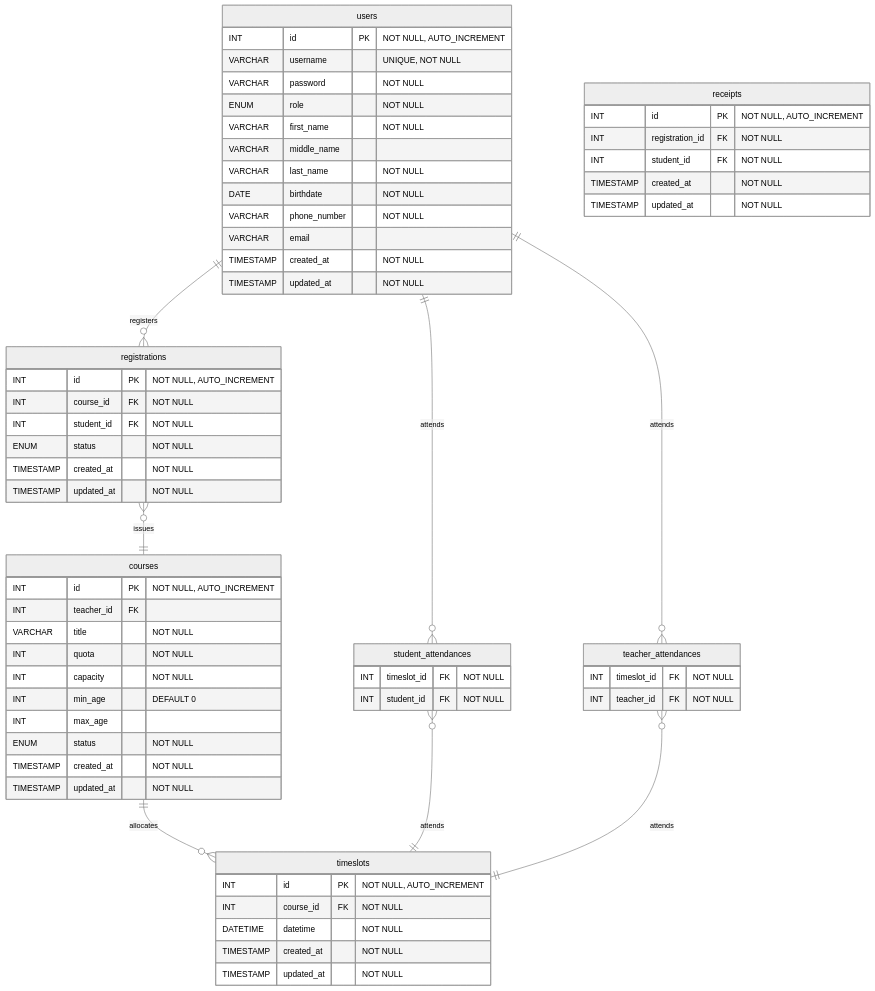
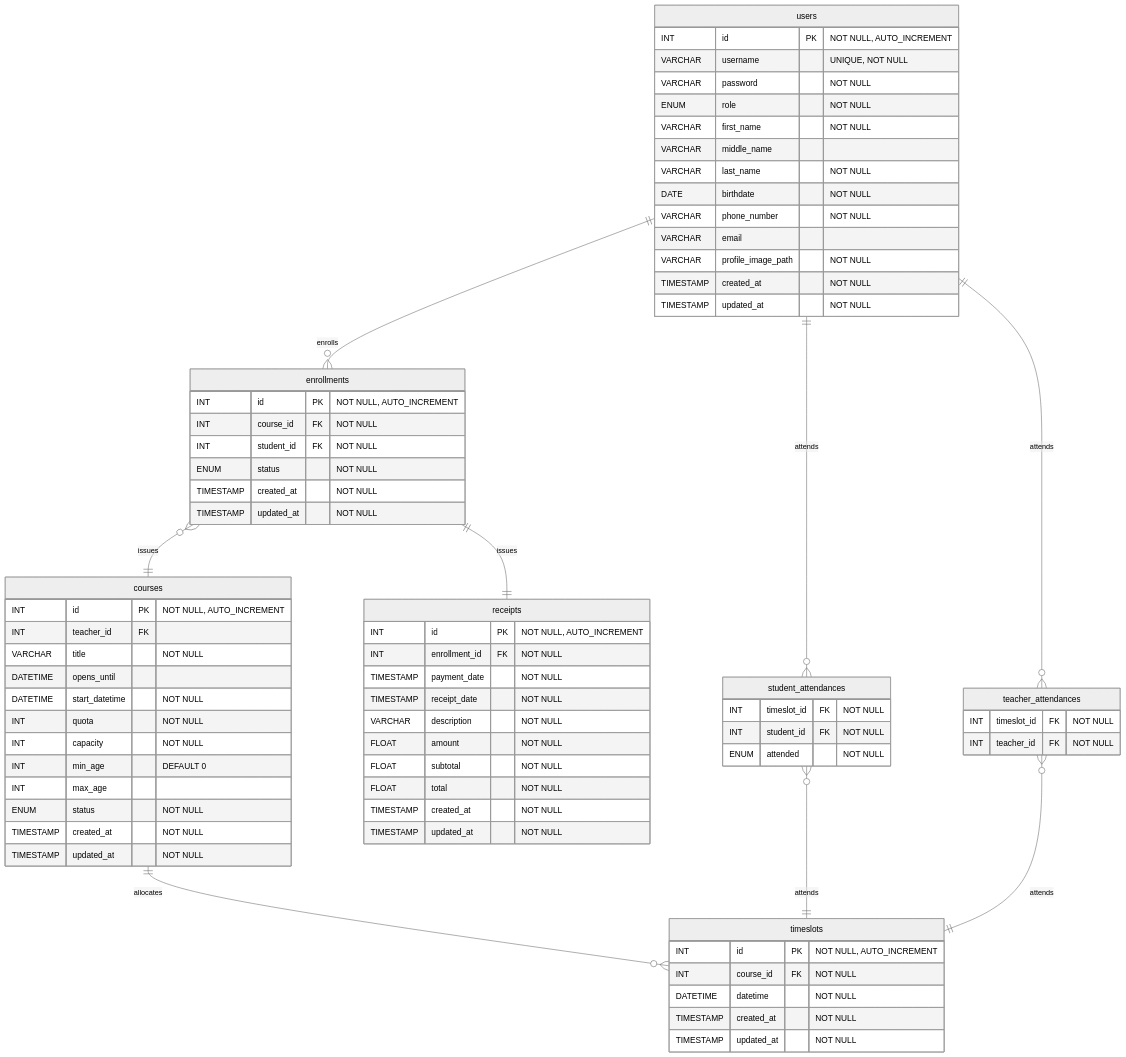
The diagram in Design/er.md (SaluteKevin/AQkid), drawn with Mermaid (neutral theme) before and after one commit. The commit also changed other lines of this file, not shown here.

Commit message:
Update ER diagram -- final

```diff
--- a/Design/er.md
+++ b/Design/er.md
@@ -15,6 +15,7 @@
         DATE birthdate "NOT NULL"
         VARCHAR phone_number "NOT NULL"
         VARCHAR email
+        VARCHAR profile_image_path "NOT NULL"
         TIMESTAMP created_at "NOT NULL"
         TIMESTAMP updated_at "NOT NULL"
     }
@@ -23,6 +24,8 @@
         INT id PK "NOT NULL, AUTO_INCREMENT"
         INT teacher_id FK
         VARCHAR title "NOT NULL"
+        DATETIME opens_until
+        DATETIME start_datetime "NOT NULL"
         INT quota "NOT NULL"
         INT capacity "NOT NULL"
         INT min_age "DEFAULT 0"
@@ -32,7 +35,7 @@
         TIMESTAMP updated_at "NOT NULL"
     }
 
-    registrations {
+    enrollments {
         INT id PK "NOT NULL, AUTO_INCREMENT"
         INT course_id FK "NOT NULL"
         INT student_id FK "NOT NULL"
@@ -43,8 +46,13 @@
 
     receipts {
         INT id PK "NOT NULL, AUTO_INCREMENT"
-        INT registration_id FK "NOT NULL"
-        INT student_id FK "NOT NULL"
+        INT enrollment_id FK "NOT NULL"
+        TIMESTAMP payment_date "NOT NULL"
+        TIMESTAMP receipt_date "NOT NULL"
+        VARCHAR description "NOT NULL"
+        FLOAT amount "NOT NULL"
+        FLOAT subtotal "NOT NULL"
+        FLOAT total "NOT NULL"
         TIMESTAMP created_at "NOT NULL"
         TIMESTAMP updated_at "NOT NULL"
     }
@@ -60,6 +68,7 @@
     student_attendances {
         INT timeslot_id FK "NOT NULL"
         INT student_id FK "NOT NULL"
+        ENUM attended "NOT NULL"
     }
 
     teacher_attendances {
@@ -67,8 +76,9 @@
         INT teacher_id FK "NOT NULL"
     }
 
-    users ||--o{ registrations : registers
-    registrations }o--|| courses : issues
+    users ||--o{ enrollments : enrolls
+    enrollments }o--|| courses : issues
+    enrollments ||--|| receipts : issues
     courses ||--o{ timeslots : allocates
 
     users ||--o{ student_attendances  : attends
```
